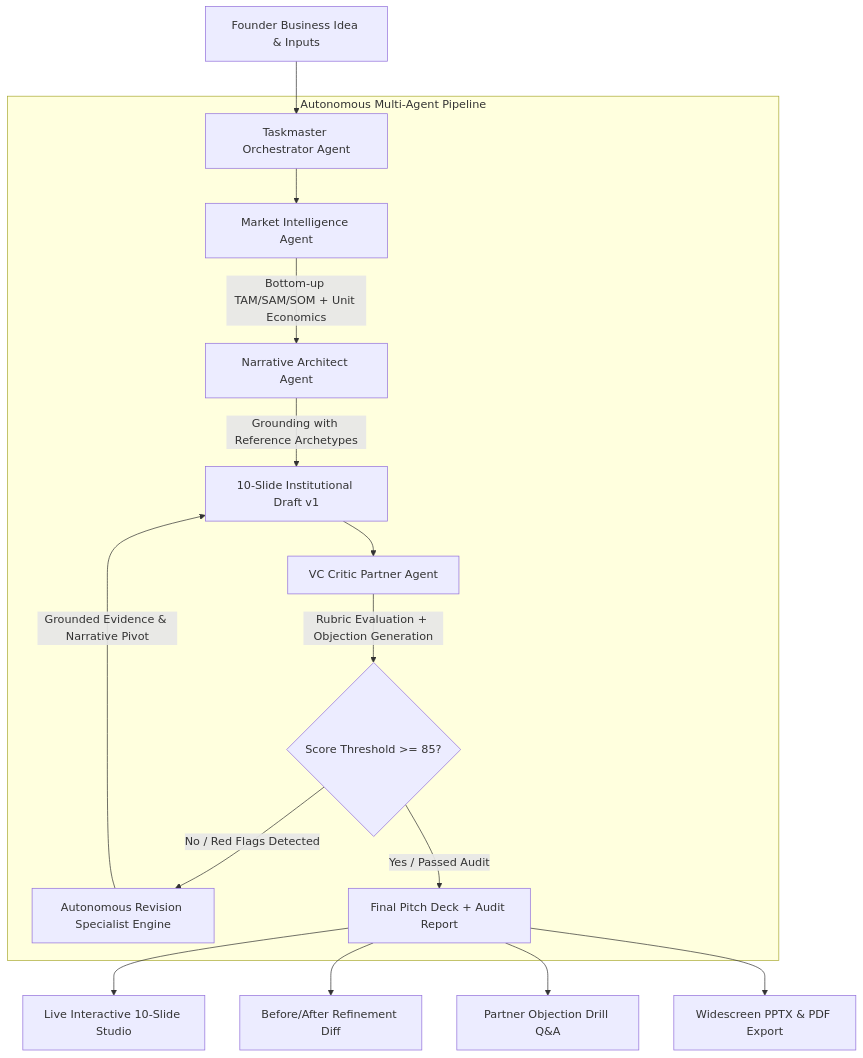
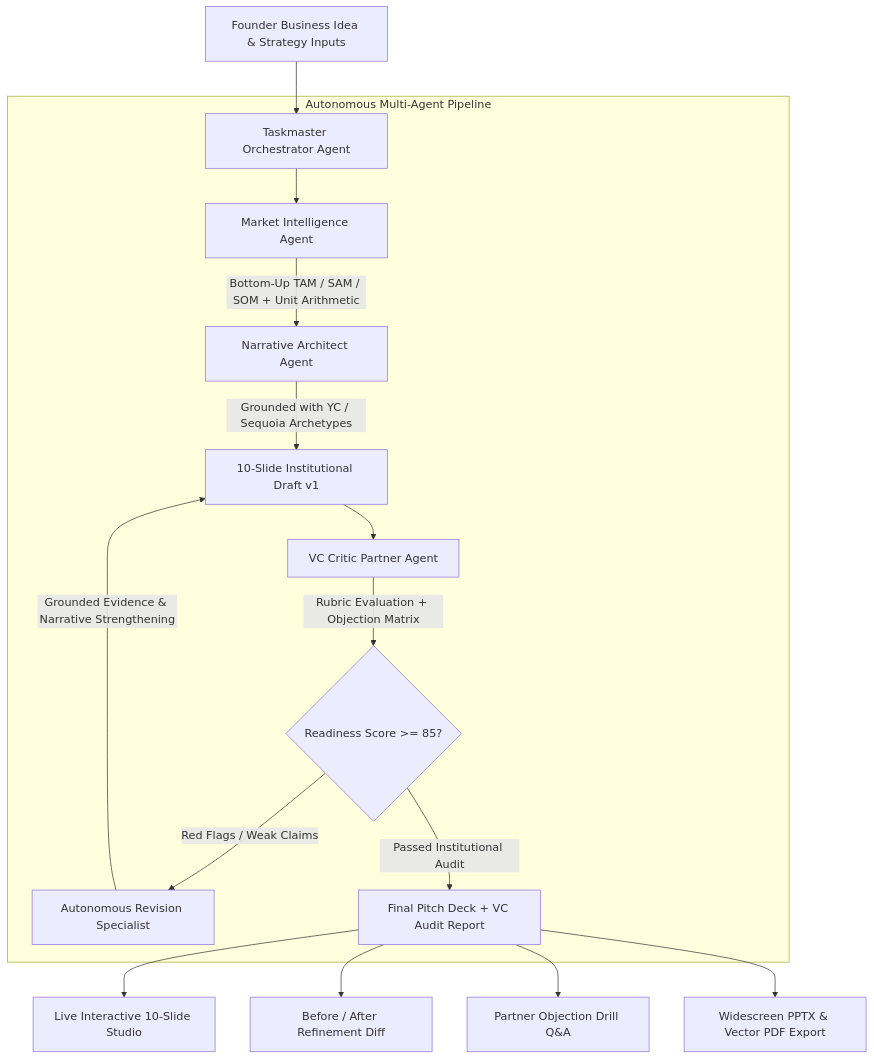
Before and after one commit to M0izz/Pitch-Deck-AI: the diagram in README.md, drawn with Mermaid. The commit also changed other lines of this file and 24 other files, not shown here.

Commit message:
feat: initialize full-stack Pitch Deck AI application with multi-agent orchestration and interactive slide components

````diff
--- a/README.md
+++ b/README.md
@@ -37,25 +100,25 @@
 ```mermaid
 flowchart TD
-    A[Founder Business Idea & Inputs] --> B[Taskmaster Orchestrator Agent]
+    A[Founder Business Idea & Strategy Inputs] --> B[Taskmaster Orchestrator Agent]
     
     subgraph SwarmExecution ["Autonomous Multi-Agent Pipeline"]
         B --> C[Market Intelligence Agent]
-        C -->|Bottom-up TAM/SAM/SOM + Unit Economics| D[Narrative Architect Agent]
+        C -->|Bottom-Up TAM / SAM / SOM + Unit Arithmetic| D[Narrative Architect Agent]
         
-        D -->|Grounding with Reference Archetypes| E[10-Slide Institutional Draft v1]
+        D -->|Grounded with YC / Sequoia Archetypes| E[10-Slide Institutional Draft v1]
         
         E --> F[VC Critic Partner Agent]
         
-        F -->|Rubric Evaluation + Objection Generation| G{Score Threshold >= 85?}
+        F -->|Rubric Evaluation + Objection Matrix| G{Readiness Score >= 85?}
         
-        G -- No / Red Flags Detected --> H[Autonomous Revision Specialist Engine]
-        H -->|Grounded Evidence & Narrative Pivot| E
+        G -- Red Flags / Weak Claims --> H[Autonomous Revision Specialist]
+        H -->|Grounded Evidence & Narrative Strengthening| E
         
-        G -- Yes / Passed Audit --> I[Final Pitch Deck + Audit Report]
+        G -- Passed Institutional Audit --> I[Final Pitch Deck + VC Audit Report]
     end
     
     I --> J[Live Interactive 10-Slide Studio]
-    I --> K[Before/After Refinement Diff]
+    I --> K[Before / After Refinement Diff]
     I --> L[Partner Objection Drill Q&A]
-    I --> M[Widescreen PPTX & PDF Export]
+    I --> M[Widescreen PPTX & Vector PDF Export]
 ```
````
